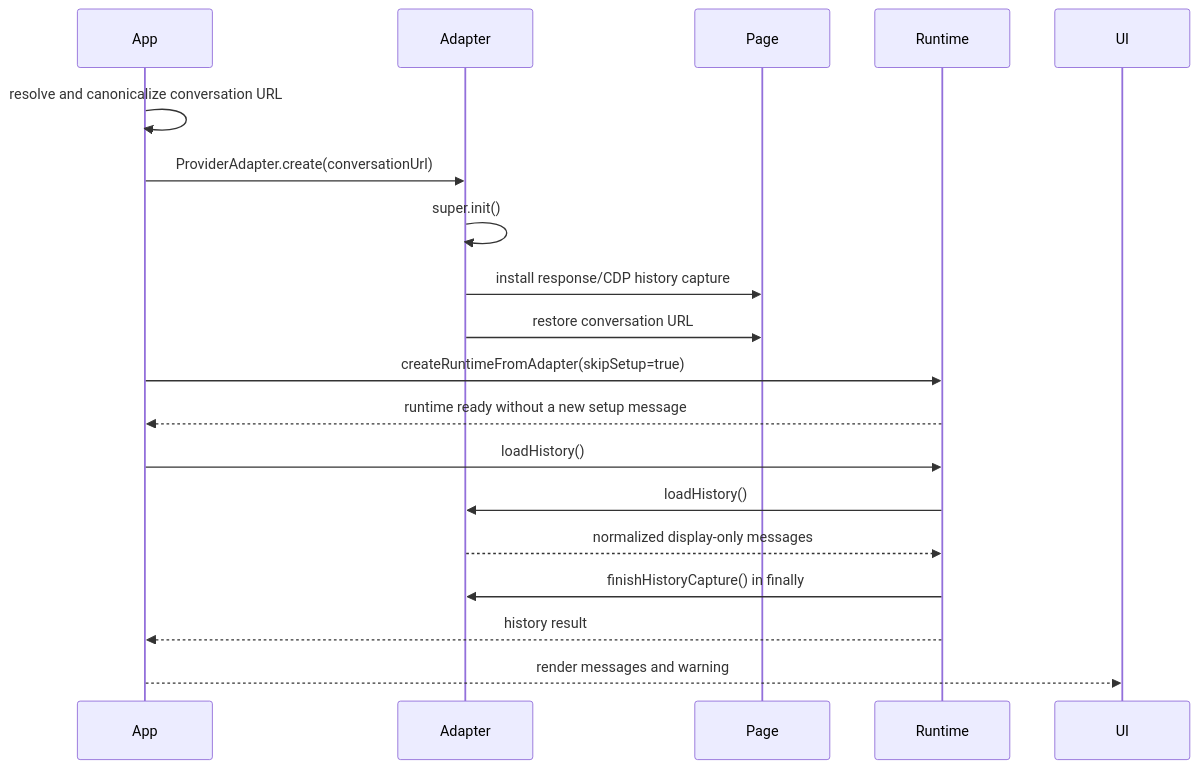
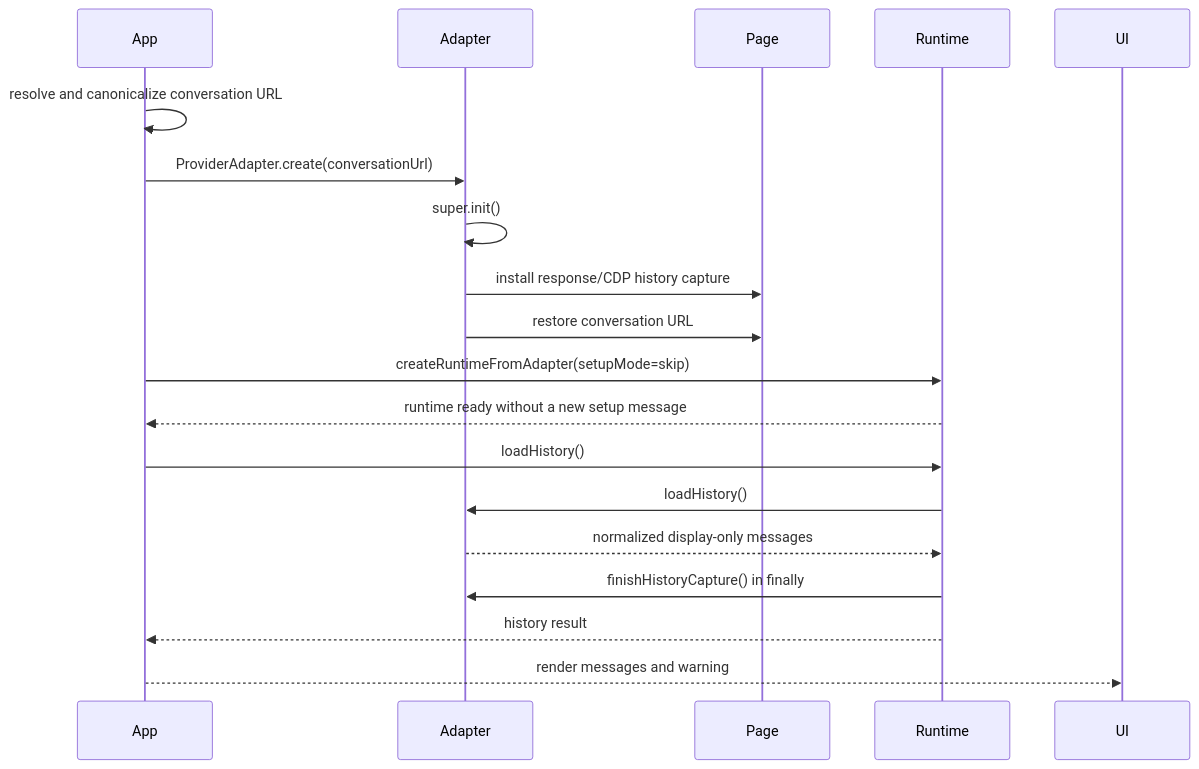
One commit to kabxx/portal changed the second of 2 diagrams in docs/provider-development.md. Above: the diagram before and after it, drawn with Mermaid. The commit also changed other lines of this file and 35 other files, not shown here.

````diff
--- a/docs/provider-development.md
+++ b/docs/provider-development.md
@@ -59,22 +63,22 @@
 ```mermaid
 sequenceDiagram
     participant App
     participant Adapter
     participant Page
     participant Runtime
     participant UI
 
     App->>App: resolve and canonicalize conversation URL
     App->>Adapter: ProviderAdapter.create(conversationUrl)
     Adapter->>Adapter: super.init()
     Adapter->>Page: install response/CDP history capture
     Adapter->>Page: restore conversation URL
-    App->>Runtime: createRuntimeFromAdapter(skipSetup=true)
+    App->>Runtime: createRuntimeFromAdapter(setupMode=skip)
     Runtime-->>App: runtime ready without a new setup message
     App->>Runtime: loadHistory()
     Runtime->>Adapter: loadHistory()
     Adapter-->>Runtime: normalized display-only messages
     Runtime->>Adapter: finishHistoryCapture() in finally
     Runtime-->>App: history result
     App-->>UI: render messages and warning
 ```
````
